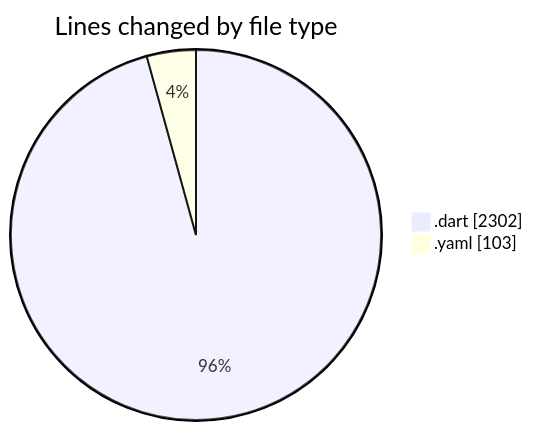
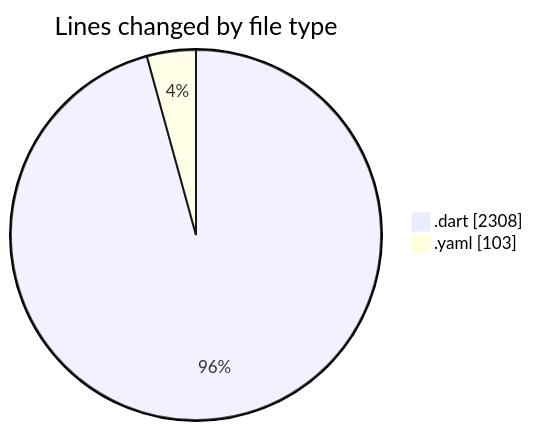
Before and after one commit to donsfak/code-tracking: the first of 2 diagrams in 2025-02-25/trackers_app/README.md, drawn with Mermaid. The commit also changed other lines of this file and 1 other file, not shown here.

````diff
--- a/2025-02-25/trackers_app/README.md
+++ b/2025-02-25/trackers_app/README.md
@@ -32,6 +32,6 @@
 ```mermaid
 pie showData
 title Lines changed by file type
-".dart" : 2302
+".dart" : 2308
 ".yaml" : 103
 ```
````
